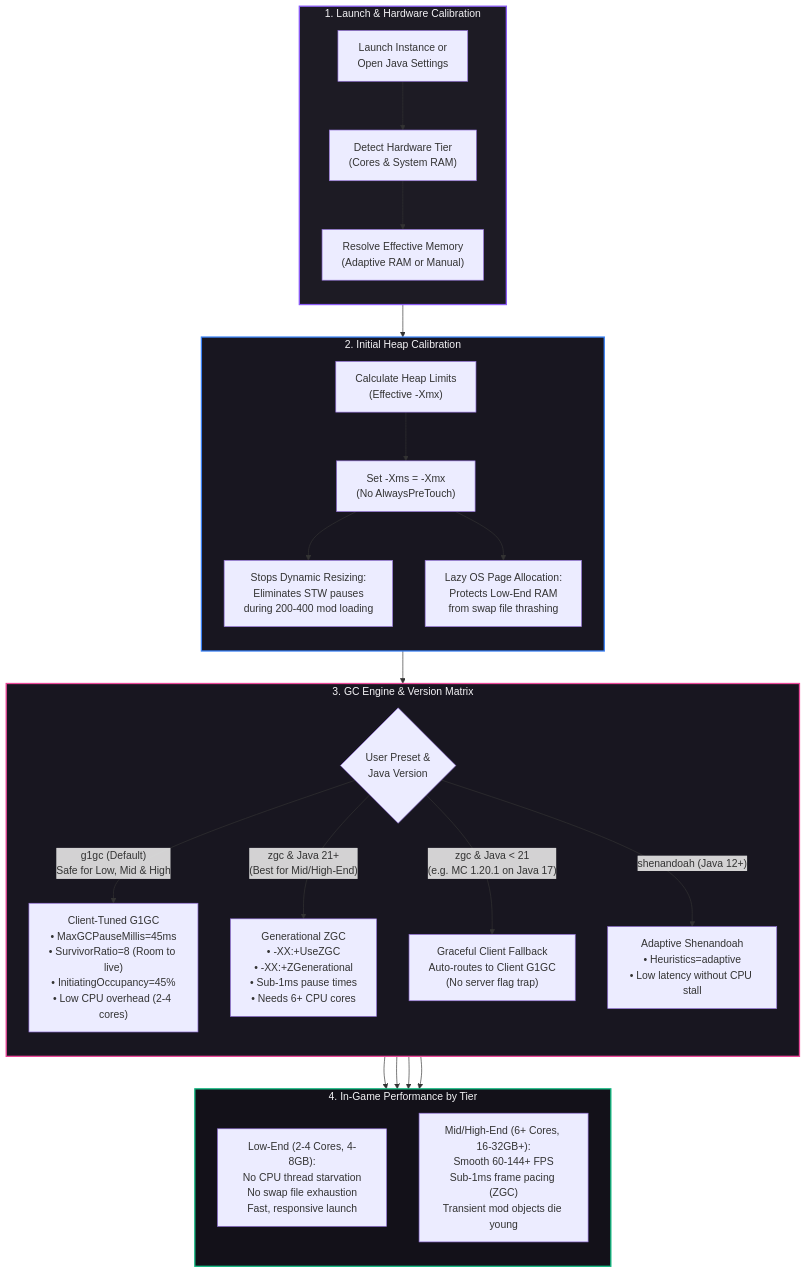
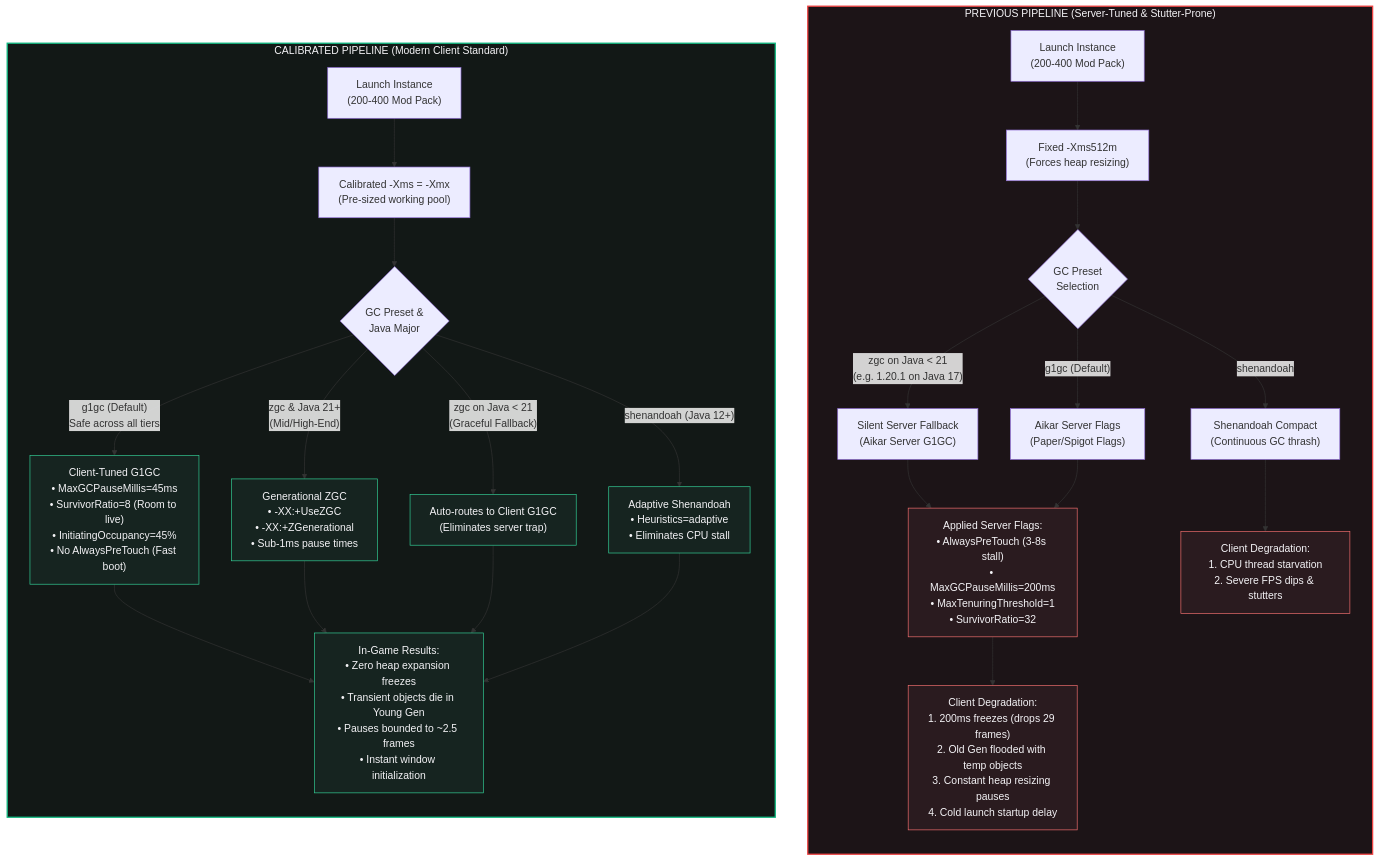
Before and after one commit to Davekb1976/Vermeil-Launcher: the diagram in docs/research/client-gc-calibration/research.md, drawn with Mermaid. The commit also changed other lines of this file, not shown here.

Commit message:
docs(research): add legacy vs calibrated gc architecture comparison

````diff
--- a/docs/research/client-gc-calibration/research.md
+++ b/docs/research/client-gc-calibration/research.md
@@ -20,46 +20,50 @@
 ```mermaid
 flowchart TD
-    subgraph INPUT["1. Launch & Hardware Calibration"]
+    subgraph LEGACY["PREVIOUS PIPELINE (Server-Tuned & Stutter-Prone)"]
         direction TB
-        in_start["Launch Instance or<br/>Open Java Settings"] --> in_detect["Detect Hardware Tier<br/>(Cores & System RAM)"]
-        in_detect --> in_resolve["Resolve Effective Memory<br/>(Adaptive RAM or Manual)"]
+        l_start["Launch Instance<br/>(200-400 Mod Pack)"] --> l_mem["Fixed -Xms512m<br/>(Forces heap resizing)"]
+        l_mem --> l_select{"GC Preset<br/>Selection"}
+        
+        l_select -->|"zgc on Java < 21<br/>(e.g. 1.20.1 on Java 17)"| l_trap["Silent Server Fallback<br/>(Aikar Server G1GC)"]
+        l_select -->|"g1gc (Default)"| l_aikar["Aikar Server Flags<br/>(Paper/Spigot Flags)"]
+        l_select -->|"shenandoah"| l_compact["Shenandoah Compact<br/>(Continuous GC thrash)"]
+        
+        l_trap --> l_flags
+        l_aikar --> l_flags
+        
+        l_flags["Applied Server Flags:<br/>• AlwaysPreTouch (3-8s stall)<br/>• MaxGCPauseMillis=200ms<br/>• MaxTenuringThreshold=1<br/>• SurvivorRatio=32"]
+        
+        l_flags --> l_symptoms["Client Degradation:<br/>1. 200ms freezes (drops 29 frames)<br/>2. Old Gen flooded with temp objects<br/>3. Constant heap resizing pauses<br/>4. Cold launch startup delay"]
+        l_compact --> l_cpu["Client Degradation:<br/>1. CPU thread starvation<br/>2. Severe FPS dips & stutters"]
     end
 
-    subgraph HEAP["2. Initial Heap Calibration"]
+    subgraph MODERN["CALIBRATED PIPELINE (Modern Client Standard)"]
         direction TB
-        heap_calc["Calculate Heap Limits<br/>(Effective -Xmx)"] --> heap_ms["Set -Xms = -Xmx<br/>(No AlwaysPreTouch)"]
-        heap_ms --> heap_benefit["Stops Dynamic Resizing:<br/>Eliminates STW pauses<br/>during 200-400 mod loading"]
-        heap_ms --> heap_safety["Lazy OS Page Allocation:<br/>Protects Low-End RAM<br/>from swap file thrashing"]
+        m_start["Launch Instance<br/>(200-400 Mod Pack)"] --> m_mem["Calibrated -Xms = -Xmx<br/>(Pre-sized working pool)"]
+        m_mem --> m_select{"GC Preset &<br/>Java Major"}
+        
+        m_select -->|"g1gc (Default)<br/>Safe across all tiers"| m_g1["Client-Tuned G1GC<br/>• MaxGCPauseMillis=45ms<br/>• SurvivorRatio=8 (Room to live)<br/>• InitiatingOccupancy=45%<br/>• No AlwaysPreTouch (Fast boot)"]
+        
+        m_select -->|"zgc & Java 21+<br/>(Mid/High-End)"| m_zgc["Generational ZGC<br/>• -XX:+UseZGC<br/>• -XX:+ZGenerational<br/>• Sub-1ms pause times"]
+        
+        m_select -->|"zgc on Java < 21<br/>(Graceful Fallback)"| m_fallback["Auto-routes to Client G1GC<br/>(Eliminates server trap)"]
+        
+        m_select -->|"shenandoah (Java 12+)"| m_shen["Adaptive Shenandoah<br/>• Heuristics=adaptive<br/>• Eliminates CPU stall"]
+        
+        m_g1 --> m_outcome["In-Game Results:<br/>• Zero heap expansion freezes<br/>• Transient objects die in Young Gen<br/>• Pauses bounded to ~2.5 frames<br/>• Instant window initialization"]
+        m_zgc --> m_outcome
+        m_fallback --> m_outcome
+        m_shen --> m_outcome
     end
 
-    subgraph MATRIX["3. GC Engine & Version Matrix"]
-        direction TB
-        gc_select{"User Preset &<br/>Java Version"}
-        
-        gc_select -->|"g1gc (Default)<br/>Safe for Low, Mid & High"| gc_g1["Client-Tuned G1GC<br/>• MaxGCPauseMillis=45ms<br/>• SurvivorRatio=8 (Room to live)<br/>• InitiatingOccupancy=45%<br/>• Low CPU overhead (2-4 cores)"]
-        
-        gc_select -->|"zgc & Java 21+<br/>(Best for Mid/High-End)"| gc_zgc["Generational ZGC<br/>• -XX:+UseZGC<br/>• -XX:+ZGenerational<br/>• Sub-1ms pause times<br/>• Needs 6+ CPU cores"]
-        
-        gc_select -->|"zgc & Java < 21<br/>(e.g. MC 1.20.1 on Java 17)"| gc_fallback["Graceful Client Fallback<br/>Auto-routes to Client G1GC<br/>(No server flag trap)"]
-        
-        gc_select -->|"shenandoah (Java 12+)"| gc_shen["Adaptive Shenandoah<br/>• Heuristics=adaptive<br/>• Low latency without CPU stall"]
-    end
-
-    subgraph OUTCOME["4. In-Game Performance by Tier"]
-        direction TB
-        res_low["Low-End (2-4 Cores, 4-8GB):<br/>No CPU thread starvation<br/>No swap file exhaustion<br/>Fast, responsive launch"]
-        res_high["Mid/High-End (6+ Cores, 16-32GB+):<br/>Smooth 60-144+ FPS<br/>Sub-1ms frame pacing (ZGC)<br/>Transient mod objects die young"]
-    end
-
-    INPUT --> HEAP
-    HEAP --> MATRIX
-    gc_g1 --> OUTCOME
-    gc_zgc --> OUTCOME
-    gc_fallback --> OUTCOME
-    gc_shen --> OUTCOME
-
-    style INPUT fill:#1d1b24,stroke:#8b5cf6,stroke-width:2px,color:#f4f3f6
-    style HEAP fill:#181620,stroke:#3b82f6,stroke-width:2px,color:#f4f3f6
-    style MATRIX fill:#181620,stroke:#ec4899,stroke-width:2px,color:#f4f3f6
-    style OUTCOME fill:#131119,stroke:#10b981,stroke-width:2px,color:#f4f3f6
+    style LEGACY fill:#1c1417,stroke:#ef4444,stroke-width:2px,color:#f4f3f6
+    style MODERN fill:#121816,stroke:#10b981,stroke-width:2px,color:#f4f3f6
+    style l_flags fill:#2a1b1f,stroke:#f87171,color:#f4f3f6
+    style l_symptoms fill:#2a1b1f,stroke:#f87171,color:#f4f3f6
+    style l_cpu fill:#2a1b1f,stroke:#f87171,color:#f4f3f6
+    style m_g1 fill:#162420,stroke:#34d399,color:#f4f3f6
+    style m_zgc fill:#162420,stroke:#34d399,color:#f4f3f6
+    style m_fallback fill:#162420,stroke:#34d399,color:#f4f3f6
+    style m_shen fill:#162420,stroke:#34d399,color:#f4f3f6
+    style m_outcome fill:#162420,stroke:#34d399,color:#f4f3f6
 ```
````
